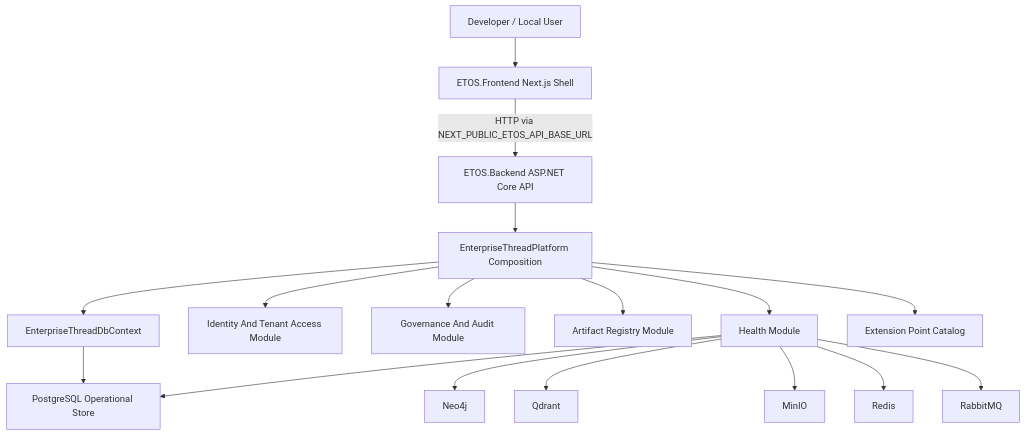
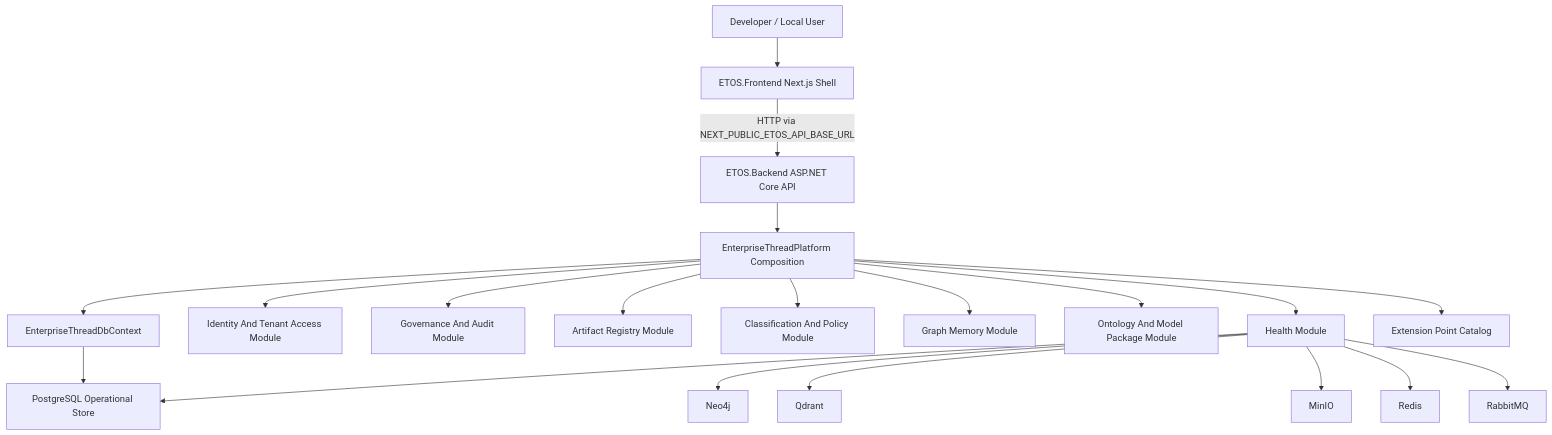
One commit to aribhw1892/EnterpriseThreadOS changed the diagram in ARCHITECTURE.md. Above: the diagram before and after it, drawn with Mermaid. The commit also changed other lines of this file and 23 other files, not shown here.

````diff
--- a/ARCHITECTURE.md
+++ b/ARCHITECTURE.md
@@ -9,21 +9,24 @@
 ```mermaid
 flowchart TB
     user["Developer / Local User"] --> frontend["ETOS.Frontend Next.js Shell"]
     frontend -->|"HTTP via NEXT_PUBLIC_ETOS_API_BASE_URL"| backend["ETOS.Backend ASP.NET Core API"]
 
     backend --> platform["EnterpriseThreadPlatform Composition"]
     platform --> health["Health Module"]
     platform --> identity["Identity And Tenant Access Module"]
     platform --> governance["Governance And Audit Module"]
     platform --> artifacts["Artifact Registry Module"]
+    platform --> classification["Classification And Policy Module"]
+    platform --> graphmemory["Graph Memory Module"]
+    platform --> ontology["Ontology And Model Package Module"]
     platform --> persistence["EnterpriseThreadDbContext"]
     platform --> extensions["Extension Point Catalog"]
 
     persistence --> postgres["PostgreSQL Operational Store"]
     health --> postgres
     health --> neo4j["Neo4j"]
     health --> qdrant["Qdrant"]
     health --> minio["MinIO"]
     health --> redis["Redis"]
     health --> rabbitmq["RabbitMQ"]
 ```
````
